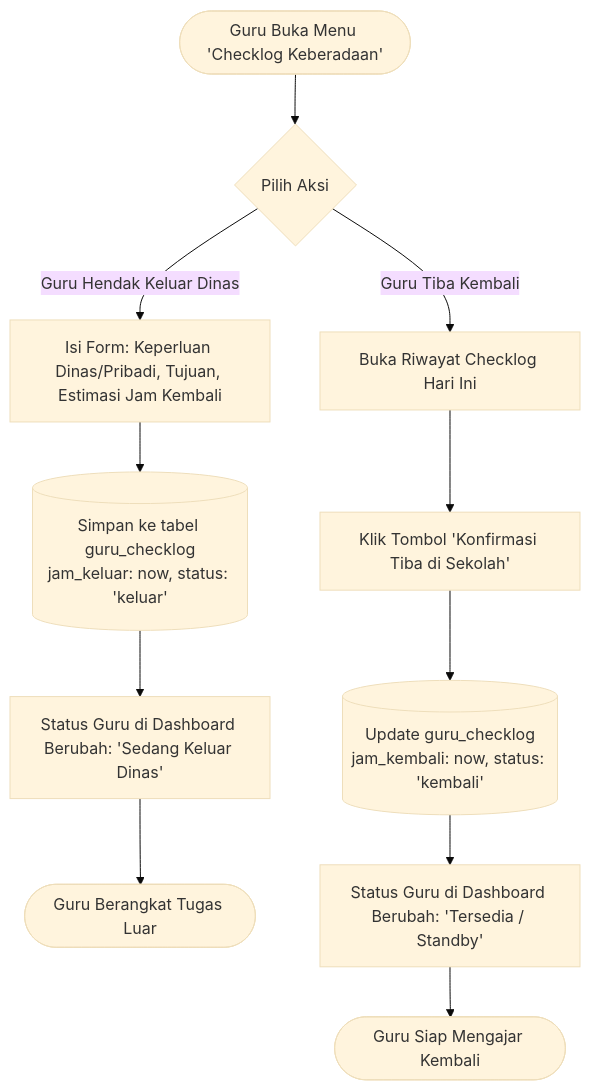
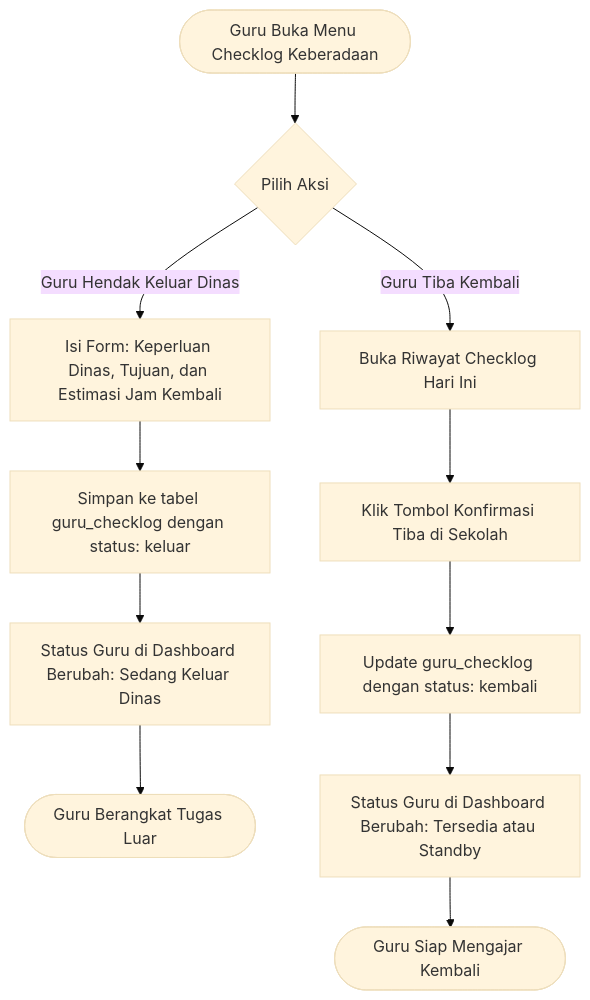
The fifth of 7 diagrams in FLOWCHART.MD (Zainal29/Didispen), drawn with Mermaid (base theme) before and after one commit. The commit also changed other lines of this file, not shown here.

Commit message:
feat : memperbaiki FLOWCHART

````diff
--- a/FLOWCHART.MD
+++ b/FLOWCHART.MD
@@ -199,15 +199,15 @@
 ```mermaid
 flowchart TD
-    StartGuru([Guru Buka Menu 'Checklog Keberadaan']) --> ActionChoice{Pilih Aksi}
+    StartGuru(["Guru Buka Menu Checklog Keberadaan"]) --> ActionChoice{"Pilih Aksi"}
     
-    ActionChoice -- "Guru Hendak Keluar Dinas" --> FillChecklog[Isi Form: Keperluan Dinas/Pribadi, Tujuan, Estimasi Jam Kembali]
-    FillChecklog --> SaveOut[(Simpan ke tabel guru_checklog<br>jam_keluar: now, status: 'keluar')]
-    SaveOut --> UpdateStatusGuru[Status Guru di Dashboard Berubah: 'Sedang Keluar Dinas']
-    UpdateStatusGuru --> EndCheckOut([Guru Berangkat Tugas Luar])
+    ActionChoice -- "Guru Hendak Keluar Dinas" --> FillChecklog["Isi Form: Keperluan Dinas, Tujuan, dan Estimasi Jam Kembali"]
+    FillChecklog --> SaveOut["Simpan ke tabel guru_checklog dengan status: keluar"]
+    SaveOut --> UpdateStatusGuru["Status Guru di Dashboard Berubah: Sedang Keluar Dinas"]
+    UpdateStatusGuru --> EndCheckOut(["Guru Berangkat Tugas Luar"])
 
-    ActionChoice -- "Guru Tiba Kembali" --> OpenHistory[Buka Riwayat Checklog Hari Ini]
-    OpenHistory --> ClickKembali[Klik Tombol 'Konfirmasi Tiba di Sekolah']
-    ClickKembali --> SaveIn[(Update guru_checklog<br>jam_kembali: now, status: 'kembali')]
-    SaveIn --> ResetStatusGuru[Status Guru di Dashboard Berubah: 'Tersedia / Standby']
-    ResetStatusGuru --> EndCheckIn([Guru Siap Mengajar Kembali])
+    ActionChoice -- "Guru Tiba Kembali" --> OpenHistory["Buka Riwayat Checklog Hari Ini"]
+    OpenHistory --> ClickKembali["Klik Tombol Konfirmasi Tiba di Sekolah"]
+    ClickKembali --> SaveIn["Update guru_checklog dengan status: kembali"]
+    SaveIn --> ResetStatusGuru["Status Guru di Dashboard Berubah: Tersedia atau Standby"]
+    ResetStatusGuru --> EndCheckIn(["Guru Siap Mengajar Kembali"])
 ```
````
